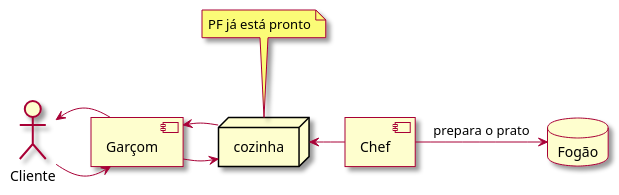
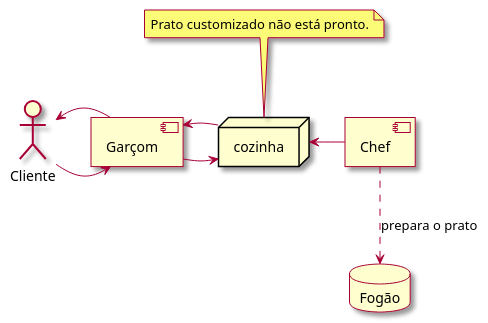
The diagram in docs/diagrams/restaurante-prato-customizado.plantuml (charlesardsilva/lecture-cache-content), drawn with PlantUML before and after one commit. The commit also changed 13 other files, not shown here.

Commit message:
Update diagrams

```diff
--- a/docs/diagrams/restaurante-prato-customizado.plantuml
+++ b/docs/diagrams/restaurante-prato-customizado.plantuml
@@ -1,21 +1,21 @@
 @startuml
 
 skin rose
 
 component "Garçom" as ga
 component "Chef" as chef
 actor "Cliente" as actor
 node cozinha
 database "Fogão" as fogao
 
 
 actor -> ga
 ga -> actor
 ga -> cozinha
 cozinha -> ga
-note top of cozinha: PF já está pronto
+note top of cozinha: Prato customizado não está pronto.
 cozinha <- chef
-chef -> fogao: prepara o prato
+chef ..> fogao: prepara o prato
 
 
 @enduml
```
